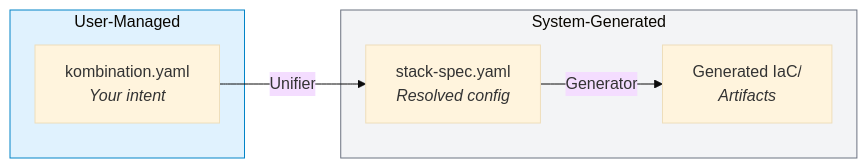
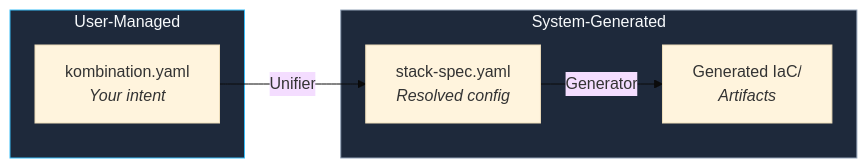
The third of 4 diagrams in concepts/spec-driven.mdx (KombiverseLabs/docs), drawn with Mermaid (base theme) before and after one commit. The commit also changed other lines of this file and 33 other files, not shown here.

````diff
--- a/concepts/spec-driven.mdx
+++ b/concepts/spec-driven.mdx
@@ -284,17 +282,17 @@
 ```mermaid
 graph LR
     subgraph User["User-Managed"]
         YAML["kombination.yaml<br/><i>Your intent</i>"]
     end
 
     subgraph System["System-Generated"]
         Stack["stack-spec.yaml<br/><i>Resolved config</i>"]
         IaC["Generated IaC/<br/><i>Artifacts</i>"]
     end
 
     YAML -->|"Unifier"| Stack
     Stack -->|"Generator"| IaC
 
-    style User fill:#e0f2fe,stroke:#0284c7
-    style System fill:#f3f4f6,stroke:#6b7280
+    style User fill:#1e293b,stroke:#38bdf8,color:#f8fafc
+    style System fill:#1e293b,stroke:#94a3b8,color:#f8fafc
 ```
````
